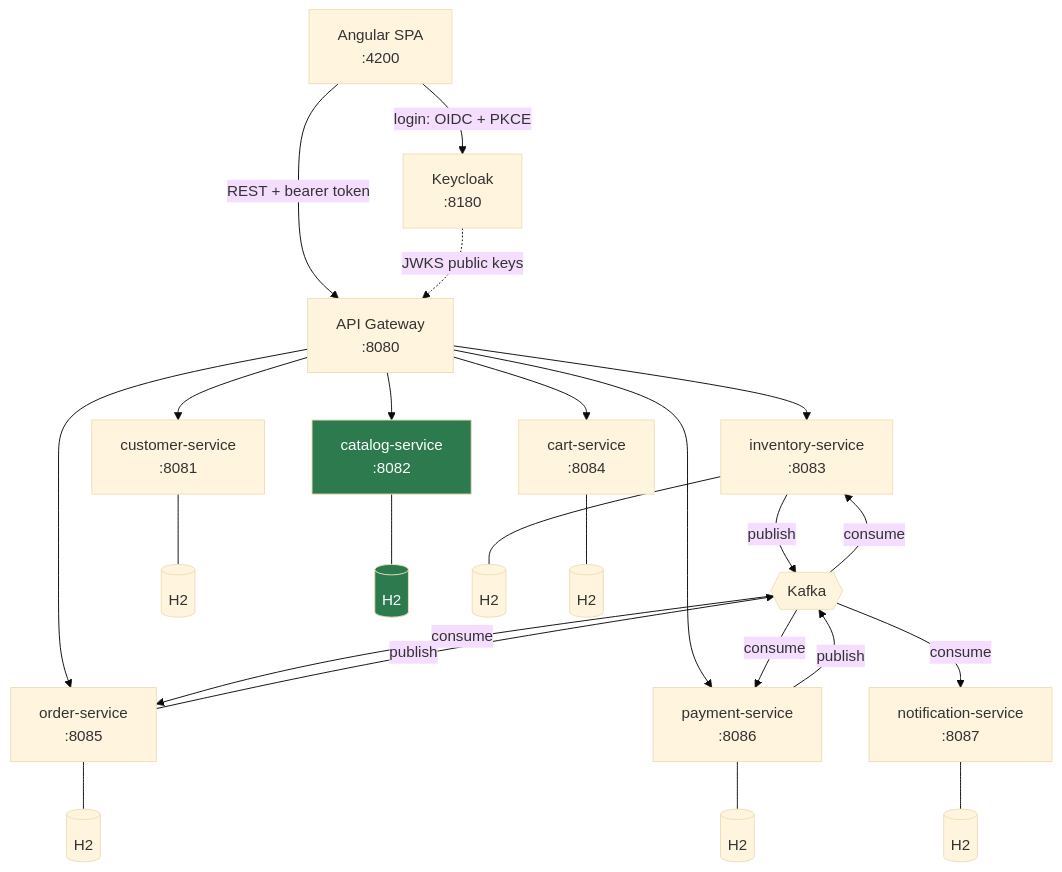
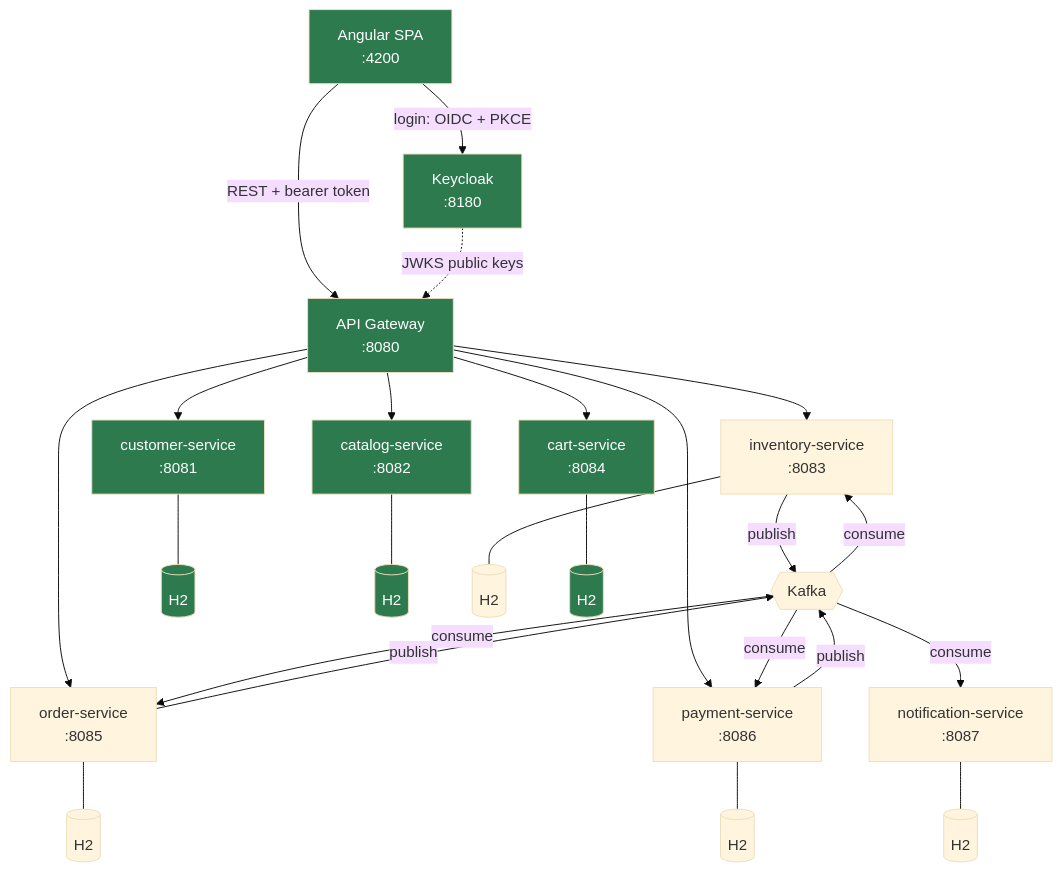
Before and after one commit to harrishdhaithya/e-commerce-microserv: the first of 2 diagrams in docs/architecture.md, drawn with Mermaid (base theme). The commit also changed other lines of this file and 34 other files, not shown here.

````diff
--- a/docs/architecture.md
+++ b/docs/architecture.md
@@ -8,46 +8,53 @@
 ```mermaid
 graph TB
     SPA["Angular SPA<br/>:4200"]
     KC["Keycloak<br/>:8180"]
     GW["API Gateway<br/>:8080"]
 
     CUST["customer-service<br/>:8081"]
     CAT["catalog-service<br/>:8082"]
     INV["inventory-service<br/>:8083"]
     CART["cart-service<br/>:8084"]
     ORD["order-service<br/>:8085"]
     PAY["payment-service<br/>:8086"]
     NOTIF["notification-service<br/>:8087"]
 
     KAFKA{{"Kafka"}}
 
     SPA -->|"login: OIDC + PKCE"| KC
     SPA -->|"REST + bearer token"| GW
     KC -.->|"JWKS public keys"| GW
 
     GW --> CUST
     GW --> CAT
     GW --> INV
     GW --> CART
     GW --> ORD
     GW --> PAY
 
     ORD -->|"publish"| KAFKA
     PAY -->|"publish"| KAFKA
     INV -->|"publish"| KAFKA
     KAFKA -->|"consume"| ORD
     KAFKA -->|"consume"| INV
     KAFKA -->|"consume"| PAY
     KAFKA -->|"consume"| NOTIF
 
     CUST --- CUSTDB[("H2")]
     CAT --- CATDB[("H2")]
     INV --- INVDB[("H2")]
     CART --- CARTDB[("H2")]
     ORD --- ORDDB[("H2")]
     PAY --- PAYDB[("H2")]
     NOTIF --- NOTIFDB[("H2")]
 
+    style GW fill:#2d7a4f,color:#fff
+    style CUST fill:#2d7a4f,color:#fff
+    style CUSTDB fill:#2d7a4f,color:#fff
     style CAT fill:#2d7a4f,color:#fff
     style CATDB fill:#2d7a4f,color:#fff
+    style CART fill:#2d7a4f,color:#fff
+    style CARTDB fill:#2d7a4f,color:#fff
+    style SPA fill:#2d7a4f,color:#fff
+    style KC fill:#2d7a4f,color:#fff
 ```
````
